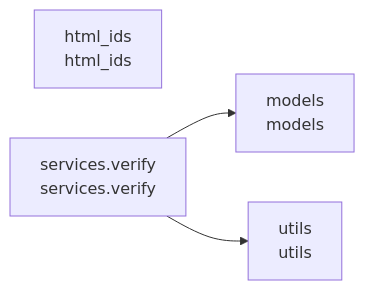
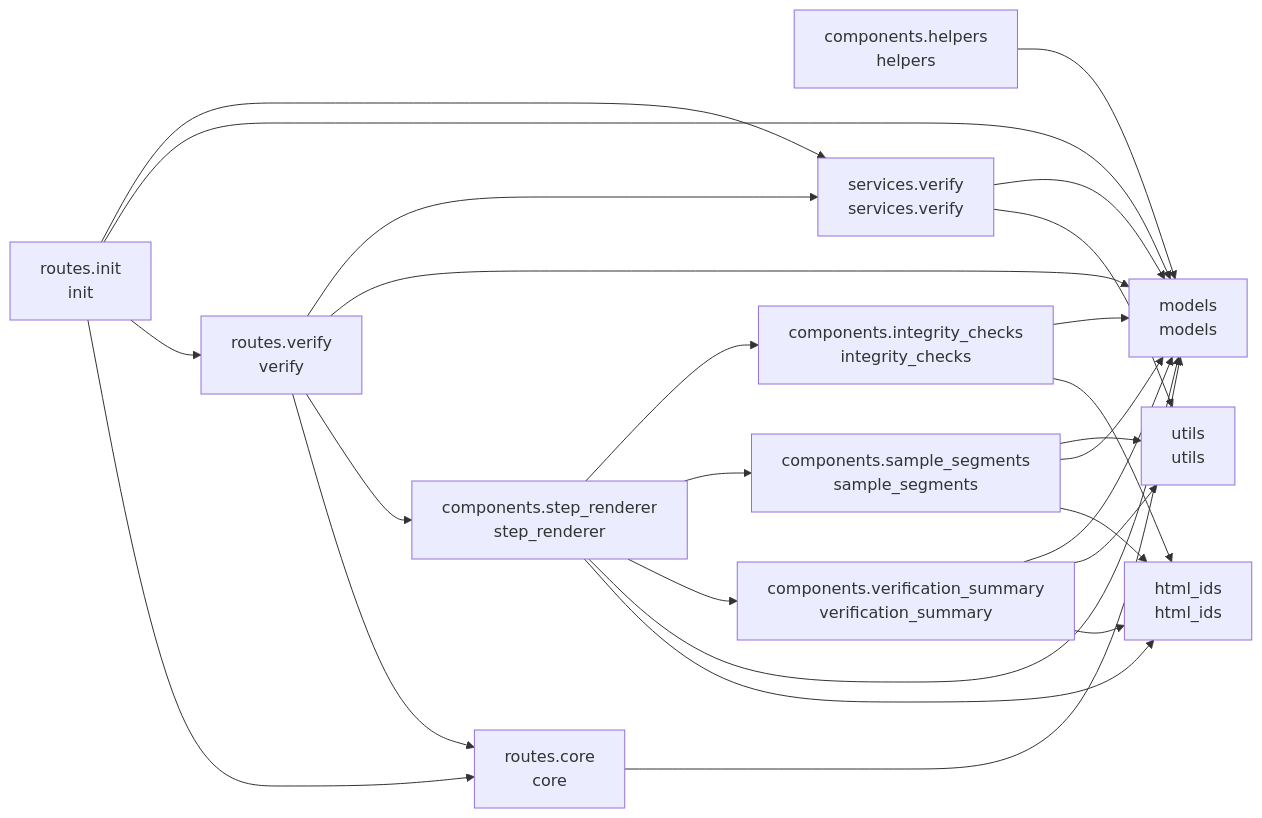
Before and after one commit to cj-mills/cjm-transcript-verify: the diagram in README.md, drawn with Mermaid. The commit also changed other lines of this file and 22 other files, not shown here.

Commit message:
Phase 3: Add verification dashboard UI components and routes (pending edge count and form fixes)

````diff
--- a/README.md
+++ b/README.md
@@ -25,10 +35,41 @@
 ``` mermaid
 graph LR
+    components_helpers[components.helpers<br/>helpers]
+    components_integrity_checks[components.integrity_checks<br/>integrity_checks]
+    components_sample_segments[components.sample_segments<br/>sample_segments]
+    components_step_renderer[components.step_renderer<br/>step_renderer]
+    components_verification_summary[components.verification_summary<br/>verification_summary]
     html_ids[html_ids<br/>html_ids]
     models[models<br/>models]
+    routes_core[routes.core<br/>core]
+    routes_init[routes.init<br/>init]
+    routes_verify[routes.verify<br/>verify]
     services_verify[services.verify<br/>services.verify]
     utils[utils<br/>utils]
 
+    components_helpers --> models
+    components_integrity_checks --> html_ids
+    components_integrity_checks --> models
+    components_sample_segments --> html_ids
+    components_sample_segments --> models
+    components_sample_segments --> utils
+    components_step_renderer --> html_ids
+    components_step_renderer --> models
+    components_step_renderer --> components_verification_summary
+    components_step_renderer --> components_sample_segments
+    components_step_renderer --> components_integrity_checks
+    components_verification_summary --> html_ids
+    components_verification_summary --> utils
+    components_verification_summary --> models
+    routes_core --> models
+    routes_init --> routes_core
+    routes_init --> routes_verify
+    routes_init --> models
+    routes_init --> services_verify
+    routes_verify --> routes_core
+    routes_verify --> components_step_renderer
+    routes_verify --> models
+    routes_verify --> services_verify
+    services_verify --> utils
     services_verify --> models
-    services_verify --> utils
 ```
````
